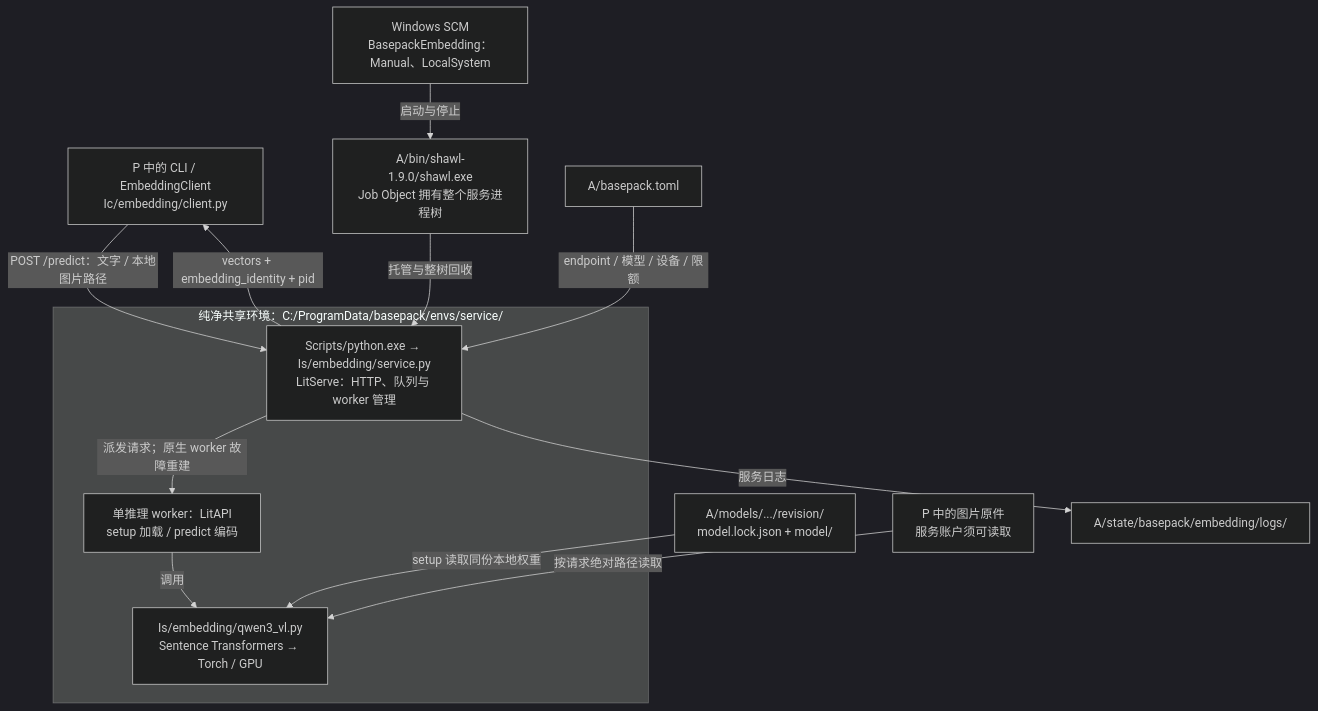
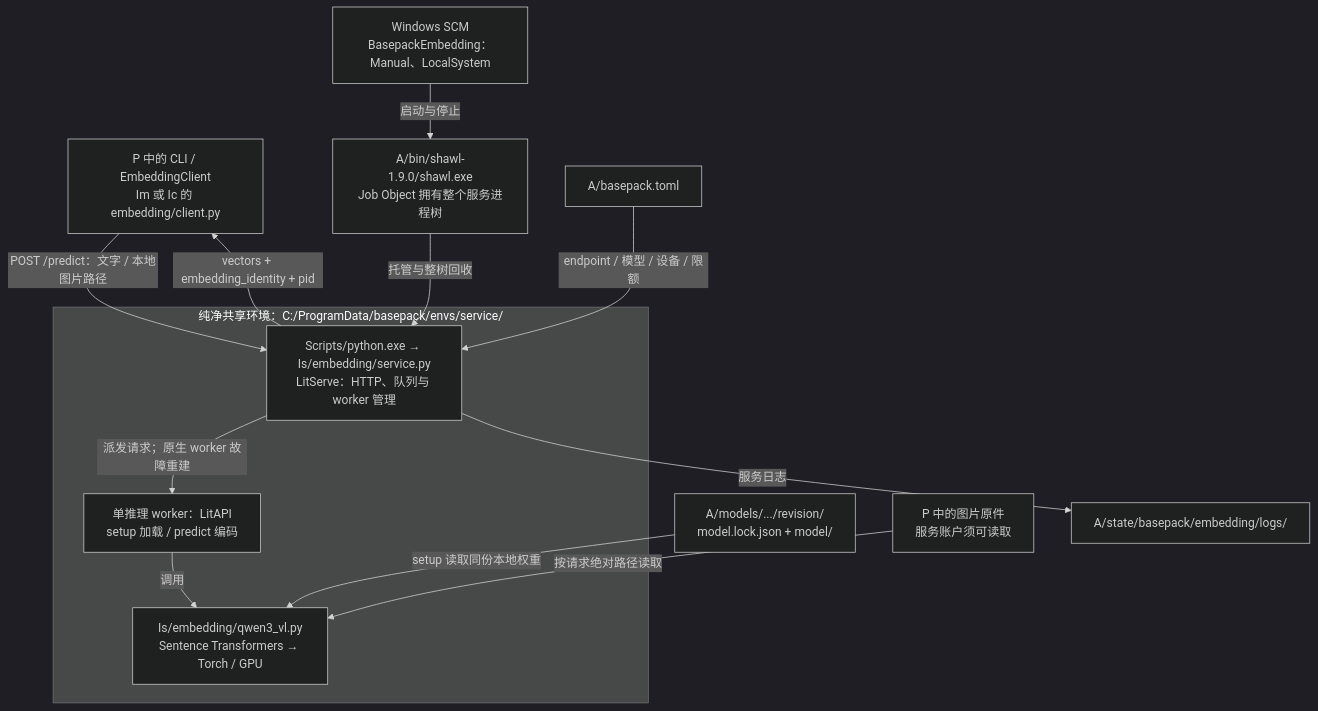
The fourth of 8 diagrams in devDoc/system/diagrams.md (YS-Pan/basePack), drawn with Mermaid (dark theme) before and after one commit. The commit also changed other lines of this file and 17 other files, not shown here.

````diff
--- a/devDoc/system/diagrams.md
+++ b/devDoc/system/diagrams.md
@@ -99,21 +107,21 @@
 ```mermaid
 flowchart TB
-  caller["P 中的 CLI / EmbeddingClient<br/>Ic/embedding/client.py"]
+  caller["P 中的 CLI / EmbeddingClient<br/>Im 或 Ic 的 embedding/client.py"]
   scm["Windows SCM<br/>BasepackEmbedding：Manual、LocalSystem"]
   shawl["A/bin/shawl-1.9.0/shawl.exe<br/>Job Object 拥有整个服务进程树"]
   subgraph service["纯净共享环境：C:/ProgramData/basepack/envs/service/"]
     server["Scripts/python.exe → Is/embedding/service.py<br/>LitServe：HTTP、队列与 worker 管理"]
     worker["单推理 worker：LitAPI<br/>setup 加载 / predict 编码"]
     encoder["Is/embedding/qwen3_vl.py<br/>Sentence Transformers → Torch / GPU"]
     server -->|派发请求；原生 worker 故障重建| worker
     worker -->|调用| encoder
   end
   scm -->|启动与停止| shawl
   shawl -->|托管与整树回收| server
   caller -->|POST /predict：文字 / 本地图片路径| server
   server -->|vectors + embedding_identity + pid| caller
   config["A/basepack.toml"] -->|endpoint / 模型 / 设备 / 限额| server
   model["A/models/.../revision/<br/>model.lock.json + model/"] -->|setup 读取同份本地权重| encoder
   image["P 中的图片原件<br/>服务账户须可读取"] -->|按请求绝对路径读取| encoder
   server -->|服务日志| logs["A/state/basepack/embedding/logs/"]
 ```
````
